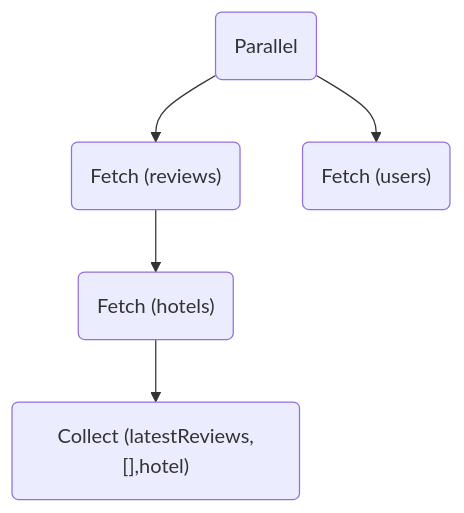
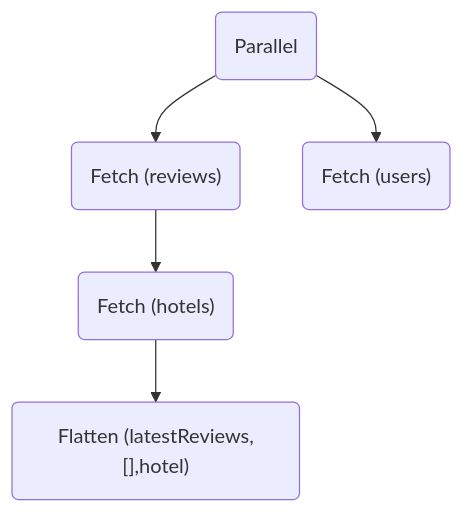
Before and after one commit to apollographql/federation: the diagram in docs/source/query-plans.mdx, drawn with Mermaid. The commit also changed other lines of this file, not shown here.

````diff
--- a/docs/source/query-plans.mdx
+++ b/docs/source/query-plans.mdx
@@ -12,8 +12,8 @@
 ```mermaid
 flowchart TB;
   parallel(Parallel);
   parallel --> fetchReviews("Fetch (reviews)");
   parallel --> fetchUsers("Fetch (users)");
   fetchReviews --> subFetchHotels("Fetch (hotels)");
-  subFetchHotels --> collect("Collect (latestReviews,[],hotel)")
+  subFetchHotels --> flatten("Flatten (latestReviews,[],hotel)")
 ```
````
